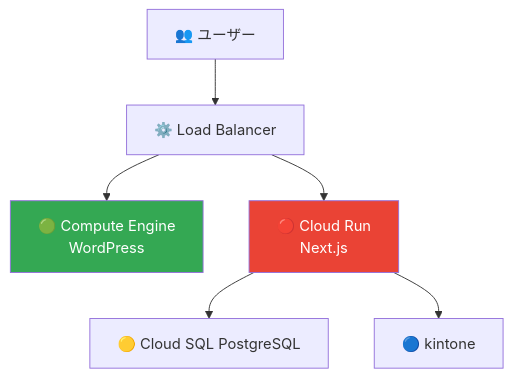
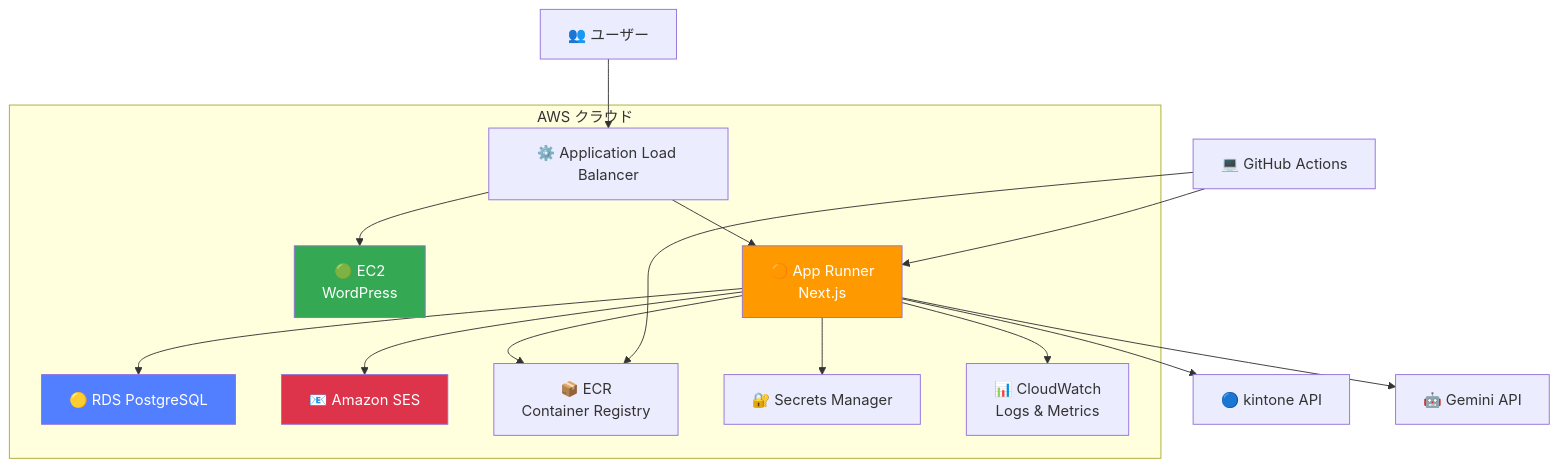
The second of 5 diagrams in docs/02_インフラ・アーキテクチャ/インフラストラクチャ図.md (bizlink-inc/proworks-demo), drawn with Mermaid before and after one commit. The commit also changed other lines of this file and 7 other files, not shown here.

````diff
--- a/docs/02_インフラ・アーキテクチャ/インフラストラクチャ図.md
+++ b/docs/02_インフラ・アーキテクチャ/インフラストラクチャ図.md
@@ -44,12 +45,34 @@
 ```mermaid
 graph TD
     User["👥 ユーザー"]
-    User --> LB["⚙️ Load Balancer"]
-    LB --> WP["🟢 Compute Engine<br/>WordPress"]
-    LB --> NJ["🔴 Cloud Run<br/>Next.js"]
-    NJ --> PG["🟡 Cloud SQL PostgreSQL"]
-    NJ --> Kintone["🔵 kintone"]
+    User --> ALB["⚙️ Application Load Balancer"]
+    ALB --> WP["🟢 EC2<br/>WordPress"]
+    ALB --> AR["🟠 App Runner<br/>Next.js"]
+    AR --> RDS["🟡 RDS PostgreSQL"]
+    AR --> Kintone["🔵 kintone API"]
+    AR --> SES["📧 Amazon SES"]
+    AR --> Gemini["🤖 Gemini API"]
+
+    subgraph AWS["AWS クラウド"]
+        ALB
+        WP
+        AR
+        RDS
+        SES
+        ECR["📦 ECR<br/>Container Registry"]
+        Secrets["🔐 Secrets Manager"]
+        CloudWatch["📊 CloudWatch<br/>Logs & Metrics"]
+    end
+
+    AR --> ECR
+    AR --> Secrets
+    AR --> CloudWatch
+
+    GitHub["💻 GitHub Actions"] --> ECR
+    GitHub --> AR
 
     style WP fill:#34A853,color:#fff
-    style NJ fill:#EA4335,color:#fff
+    style AR fill:#FF9900,color:#fff
+    style RDS fill:#527FFF,color:#fff
+    style SES fill:#DD344C,color:#fff
 ```
````
